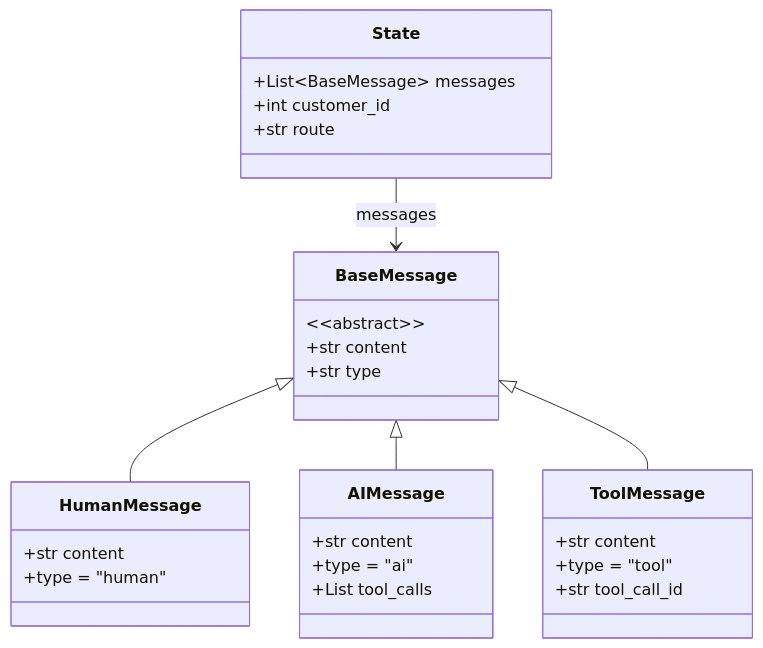
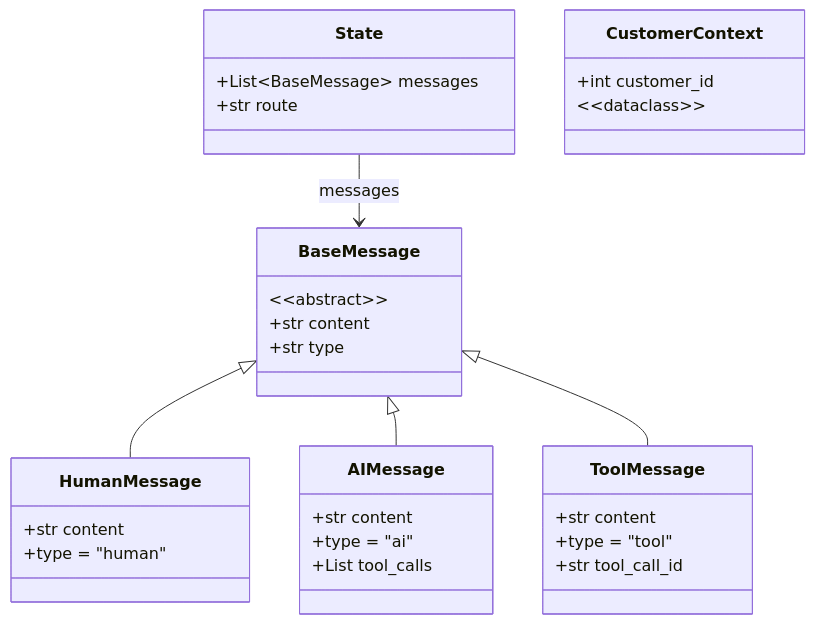
One commit to scarolan/music_store_assistant changed the second of 10 diagrams in ARCHITECTURE.md. Above: the diagram before and after it, drawn with Mermaid. The commit also changed other lines of this file and 13 other files, not shown here.

First line of the commit message:
feat: Implement secure context_schema pattern for customer_id

````diff
--- a/ARCHITECTURE.md
+++ b/ARCHITECTURE.md
@@ -80,36 +80,40 @@
 ```mermaid
 classDiagram
     class State {
         +List~BaseMessage~ messages
+        +str route
+    }
+    
+    class CustomerContext {
         +int customer_id
-        +str route
+        &lt;&lt;dataclass&gt;&gt;
     }
     
     class BaseMessage {
         &lt;&lt;abstract&gt;&gt;
         +str content
         +str type
     }
     
     class HumanMessage {
         +str content
         +type = "human"
     }
     
     class AIMessage {
         +str content
         +type = "ai"
         +List tool_calls
     }
     
     class ToolMessage {
         +str content
         +type = "tool"
         +str tool_call_id
     }
     
     State --> BaseMessage : messages
     BaseMessage <|-- HumanMessage
     BaseMessage <|-- AIMessage
     BaseMessage <|-- ToolMessage
 ```
````
